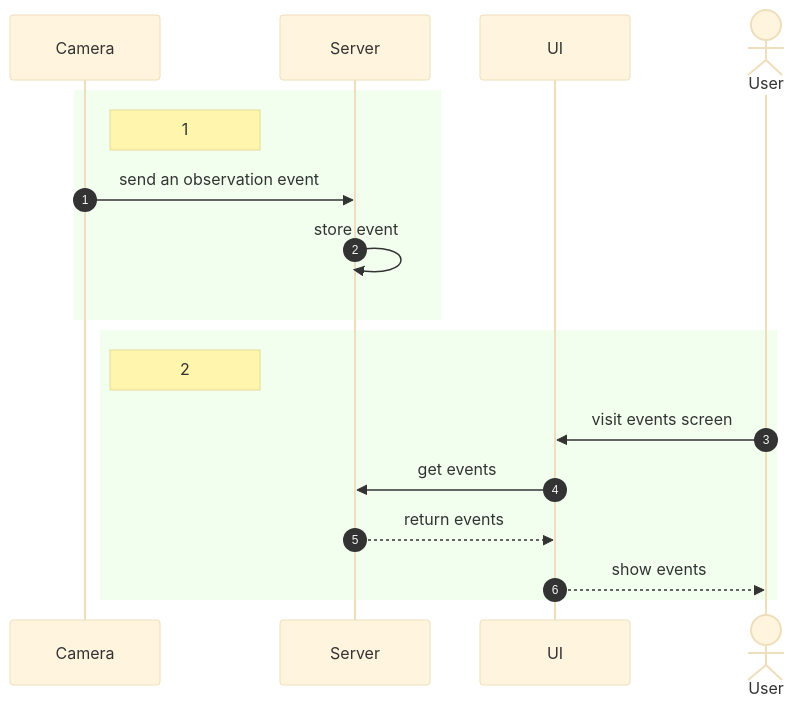
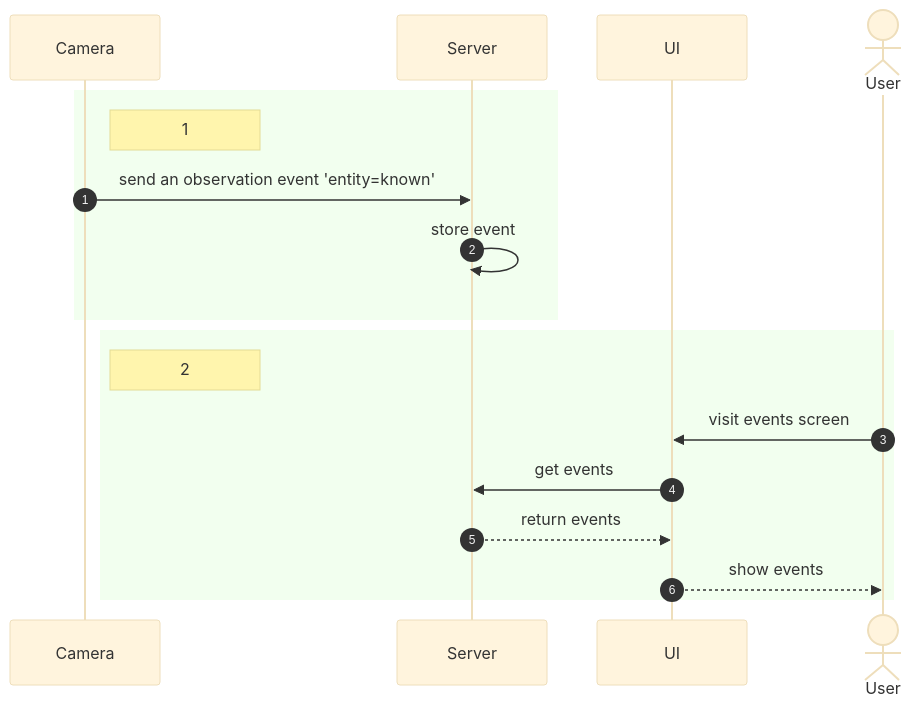
One commit to dscherbak/rapid-response-katas changed the first of 2 diagrams in README.md. Above: the diagram before and after it, drawn with Mermaid (base theme). The commit also changed other lines of this file, not shown here.

````diff
--- a/README.md
+++ b/README.md
@@ -182,22 +182,22 @@
 ```mermaid
 sequenceDiagram
   participant cam as Camera
   participant serv as Server
   participant ui as UI
   actor u as User
   autonumber
 
   rect rgba(128, 255, 100, 0.1)
     note right of cam: 1
-    cam ->> serv: send an observation event
+    cam ->> serv: send an observation event 'entity=known'
     serv ->> serv: store event
   end
 
   rect rgba(128, 255, 100, 0.1)
     note right of cam: 2
     u ->> ui: visit events screen
     ui ->> serv: get events
     serv -->> ui: return events
     ui -->> u: show events
   end
 ```
````
